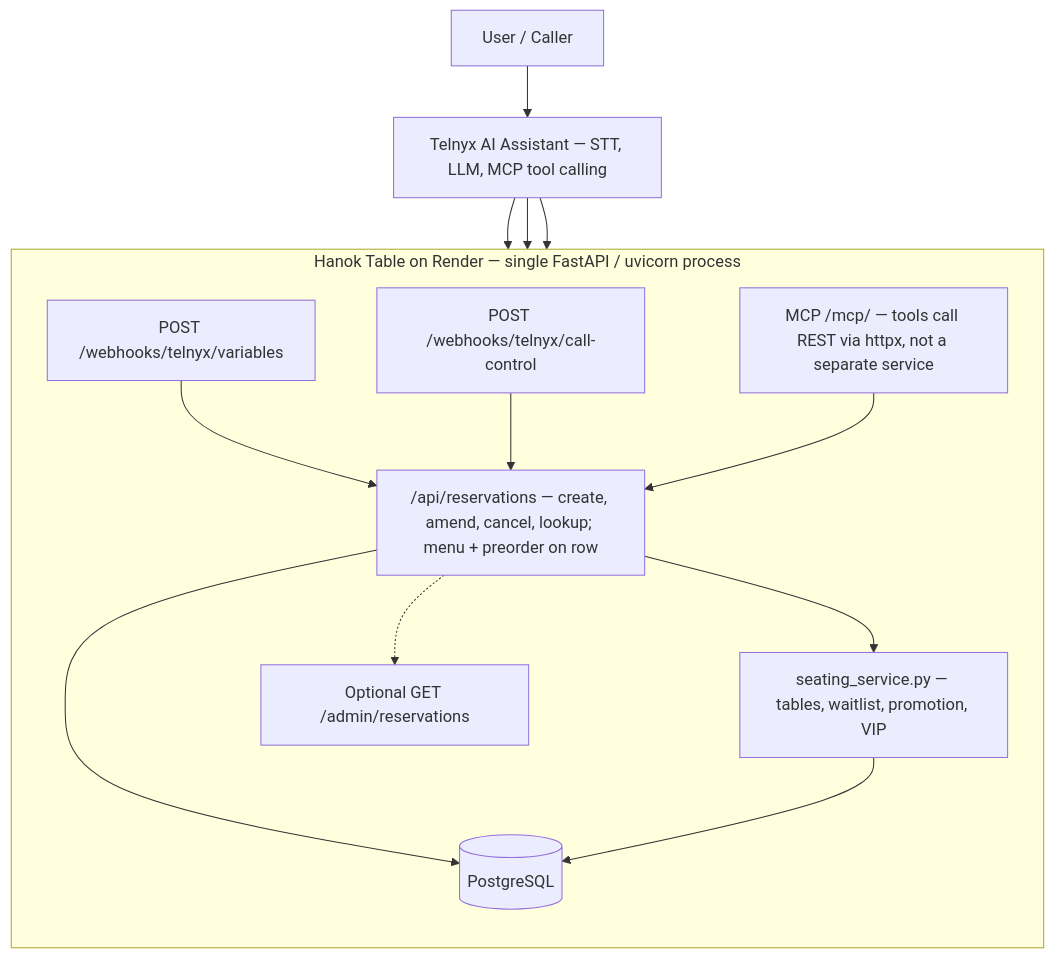
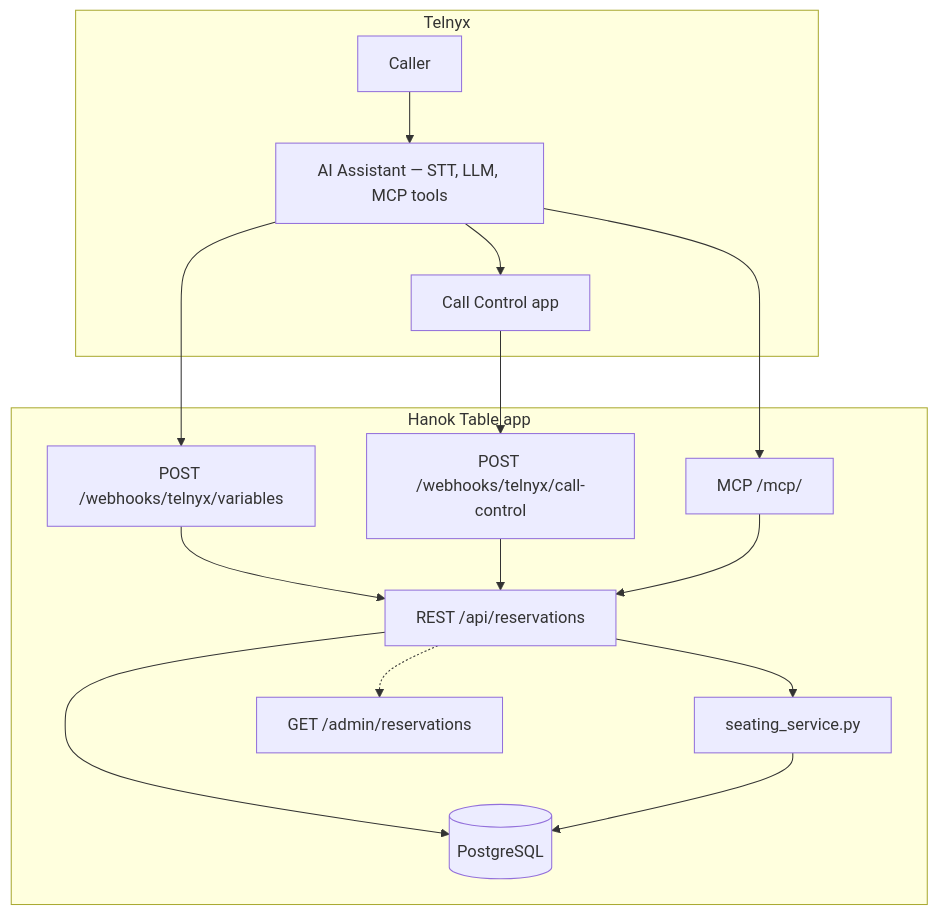
The diagram in README.md (hjleepapa/8-telnyx), drawn with Mermaid before and after one commit. The commit also changed other lines of this file and 5 other files, not shown here.

First line of the commit message:
Docs and defaults: README single architecture, premium threshold $300; drop duplicate package README

````diff
--- a/README.md
+++ b/README.md
@@ -20,27 +20,29 @@
 ```mermaid
 flowchart TB
-  U[User / Caller] --> TA[Telnyx AI Assistant — STT, LLM, MCP tool calling]
+  subgraph Telnyx[Telnyx]
+    U[Caller] --> TA[AI Assistant — STT, LLM, MCP tools]
+    TA --> CC[Call Control app]
+  end
 
-  subgraph APP["Hanok Table on Render — single FastAPI / uvicorn process"]
-    direction TB
+  subgraph Render["Hanok Table app"]
     WH1["POST /webhooks/telnyx/variables"]
     WH2["POST /webhooks/telnyx/call-control"]
-    MCP["MCP /mcp/ — tools call REST via httpx, not a separate service"]
-    REST["/api/reservations — create, amend, cancel, lookup; menu + preorder on row"]
-    SEAT["seating_service.py — tables, waitlist, promotion, VIP"]
+    MCP["MCP /mcp/"]
+    REST["REST /api/reservations"]
+    SEAT["seating_service.py"]
     DB[("PostgreSQL")]
-    ADM["Optional GET /admin/reservations"]
+    ADM["GET /admin/reservations"]
 
     WH1 --> REST
     WH2 --> REST
     MCP --> REST
     REST --> SEAT
     REST --> DB
     SEAT --> DB
     REST -.-> ADM
   end
 
   TA --> WH1
-  TA --> WH2
   TA --> MCP
+  CC --> WH2
 ```
````
